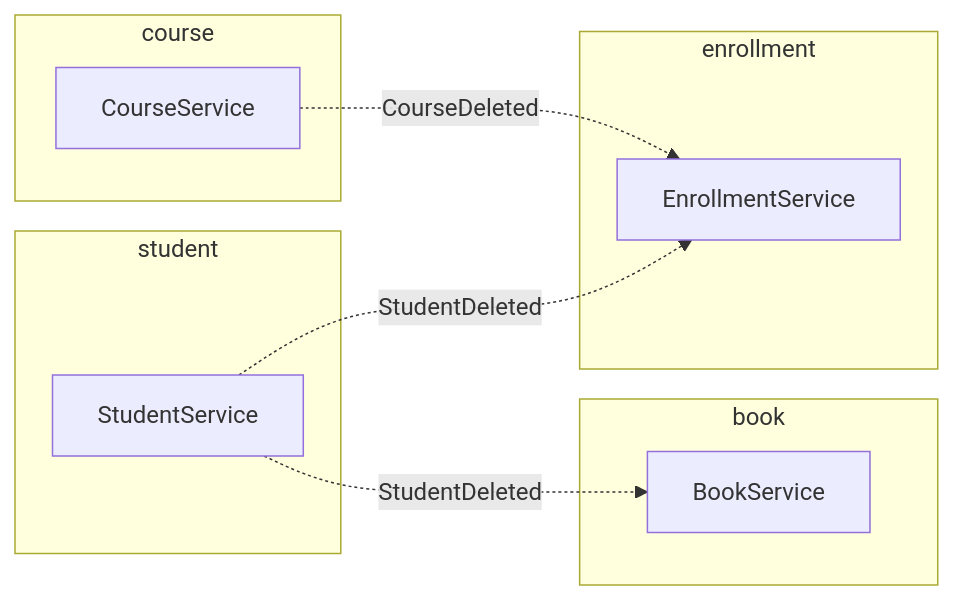
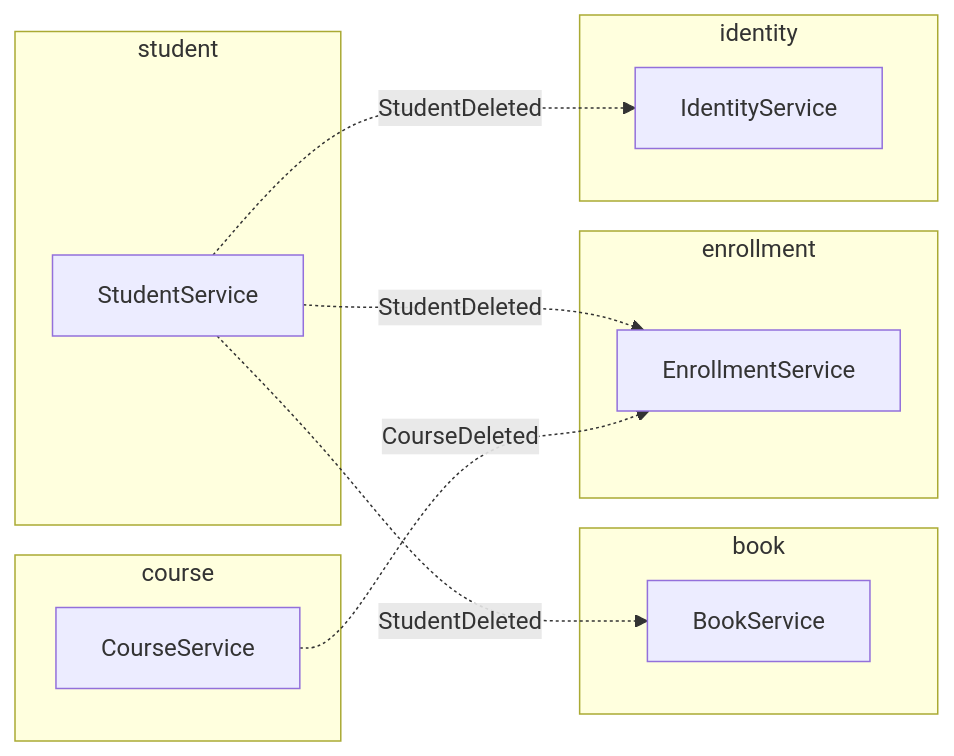
Before and after one commit to phuchoang2005/Student-Management-System: the third of 4 diagrams in docs/SA-docs/02-component-diagram.md, drawn with Mermaid. The commit also changed other lines of this file and 11 other files, not shown here.

````diff
--- a/docs/SA-docs/02-component-diagram.md
+++ b/docs/SA-docs/02-component-diagram.md
@@ -115,19 +133,23 @@
 ```mermaid
 flowchart LR
     subgraph Student["student"]
         StudentApp["StudentService"]
     end
     subgraph Course["course"]
         CourseApp["CourseService"]
     end
     subgraph Book["book"]
         BookApp["BookService"]
     end
     subgraph Enrollment["enrollment"]
         EnrollApp["EnrollmentService"]
     end
+    subgraph Identity["identity"]
+        IdentityApp["IdentityService"]
+    end
 
     StudentApp -. "StudentDeleted" .-> BookApp
     StudentApp -. "StudentDeleted" .-> EnrollApp
+    StudentApp -. "StudentDeleted" .-> IdentityApp
     CourseApp -. "CourseDeleted" .-> EnrollApp
 ```
````
